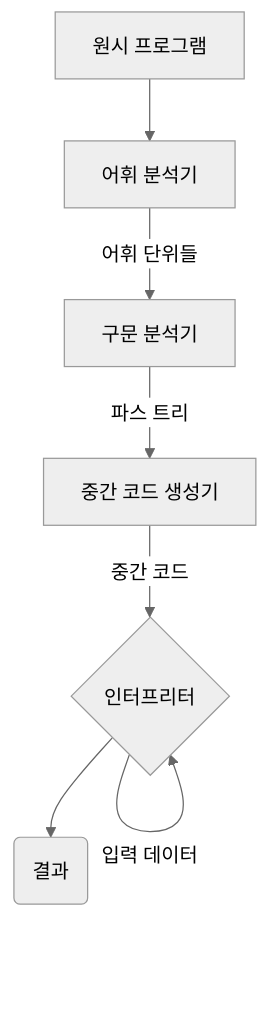
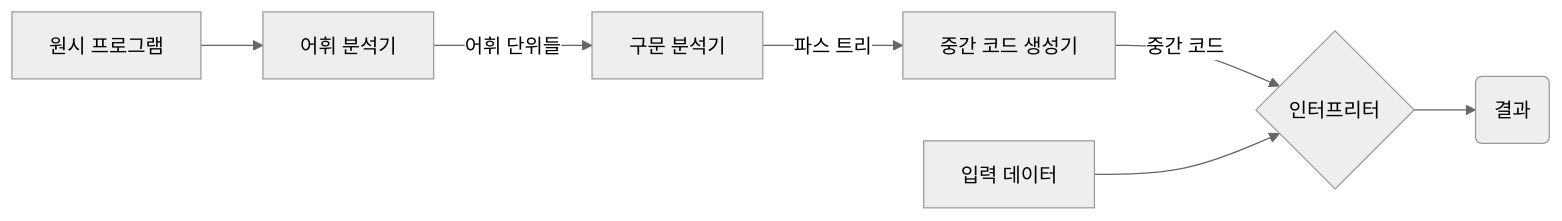
One commit to umyunsang/Obsidian changed the third of 3 diagrams in ComputerScience/프로그래밍언어론/요약/1. 기본사항 요약.md. Above: the diagram before and after it, drawn with Mermaid (neutral theme). The commit also changed other lines of this file and 5 other files, not shown here.

````diff
--- a/ComputerScience/프로그래밍언어론/요약/1. 기본사항 요약.md
+++ b/ComputerScience/프로그래밍언어론/요약/1. 기본사항 요약.md
@@ -114,9 +114,9 @@
 	```mermaid
-	graph TD;
+	graph LR;
 	    A["원시 프로그램"] --> B["어휘 분석기"]
 	    B -->|"어휘 단위들"| C["구문 분석기"]
 	    C -->|"파스 트리"| D["중간 코드 생성기"]
 	    D -->|"중간 코드"| E{"인터프리터"}
-	    E -->|"입력 데이터"| E
+	    I["입력 데이터"] --> E
 	    E --> F("결과")
 	```
````
